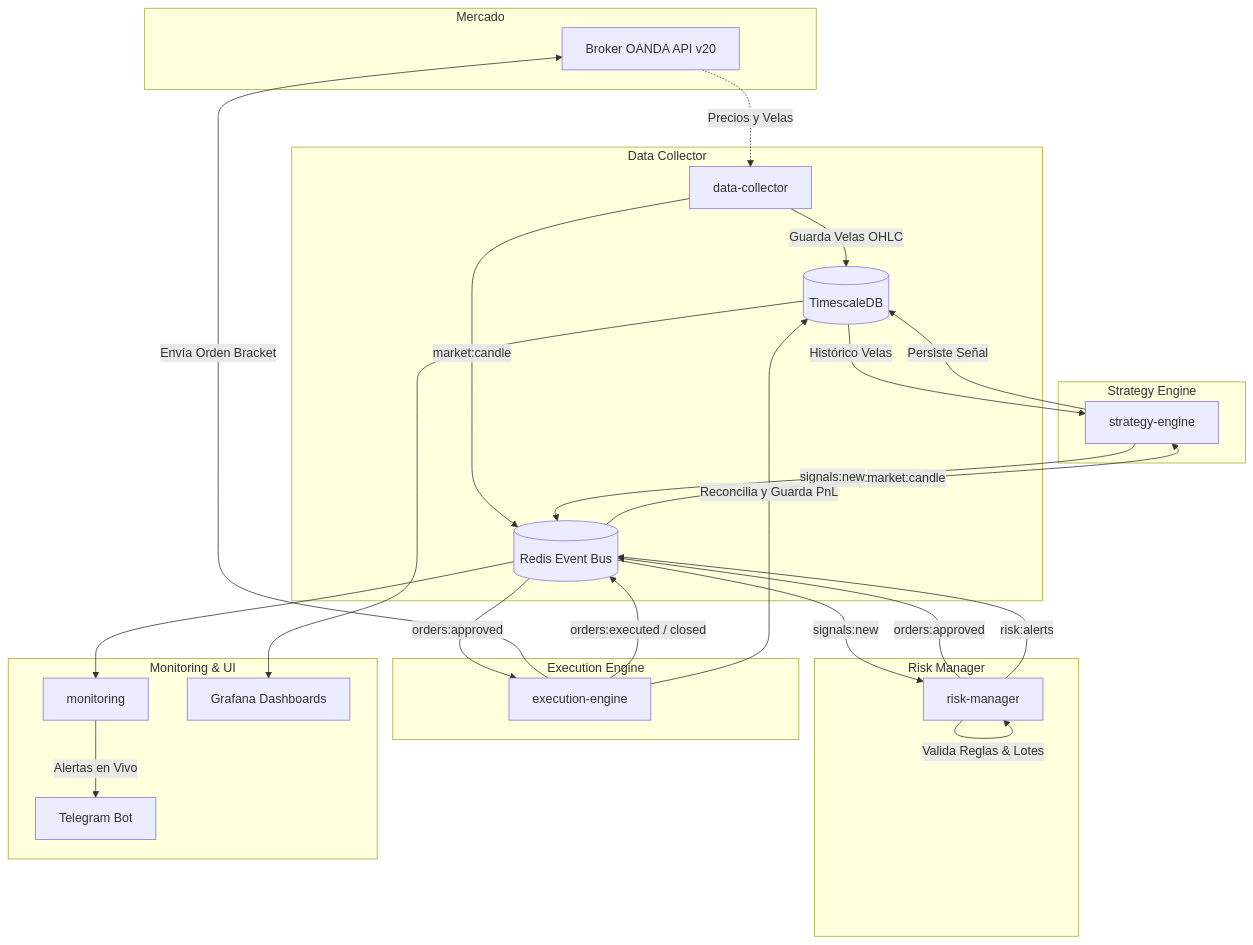
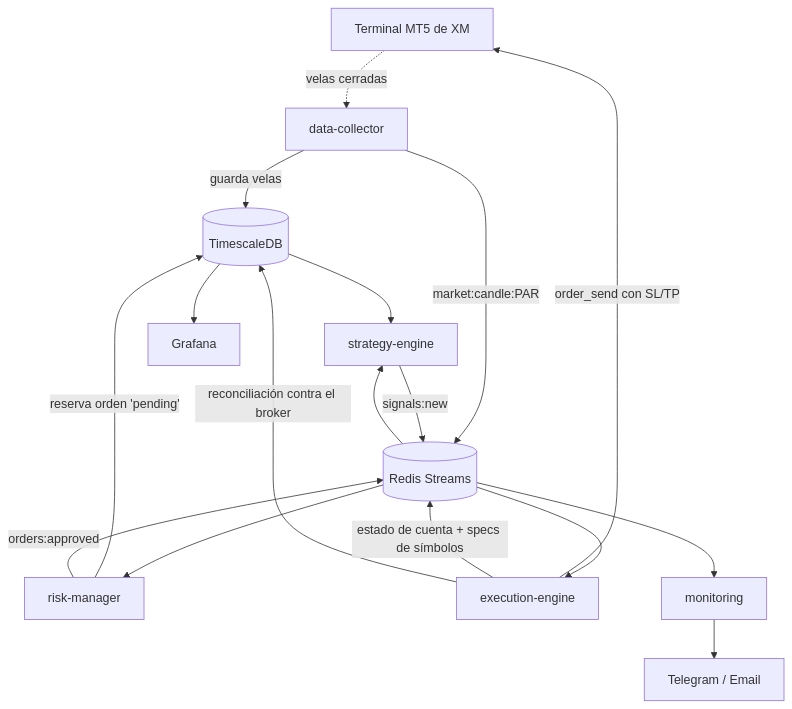
One commit to JPozoMisael/forex-trading-system changed the diagram in README.md. Above: the diagram before and after it, drawn with Mermaid. The commit also changed other lines of this file and 42 other files, not shown here.

````diff
--- a/README.md
+++ b/README.md
@@ -30,40 +24,18 @@
 ```mermaid
 flowchart TD
-    subgraph Mercado
-        OANDA[Broker OANDA API v20]
-    end
-
-    subgraph Data Collector
-        DC[data-collector] -->|Guarda Velas OHLC| TS[(TimescaleDB)]
-        DC -->|market:candle| REDIS[(Redis Event Bus)]
-    end
-
-    subgraph Strategy Engine
-        REDIS -->|market:candle| SE[strategy-engine]
-        TS -->|Histórico Velas| SE
-        SE -->|signals:new| REDIS
-        SE -->|Persiste Señal| TS
-    end
-
-    subgraph Risk Manager
-        REDIS -->|signals:new| RM[risk-manager]
-        RM -->|Valida Reglas & Lotes| RM
-        RM -->|orders:approved| REDIS
-        RM -->|risk:alerts| REDIS
-    end
-
-    subgraph Execution Engine
-        REDIS -->|orders:approved| EE[execution-engine]
-        EE -->|Envía Orden Bracket| OANDA
-        EE -->|orders:executed / closed| REDIS
-        EE -->|Reconcilia y Guarda PnL| TS
-    end
-
-    subgraph Monitoring & UI
-        REDIS --> MON[monitoring]
-        MON -->|Alertas en Vivo| TG[Telegram Bot]
-        TS --> GRAF[Grafana Dashboards]
-    end
-
-    OANDA -.->|Precios y Velas| DC
+    MT5[Terminal MT5 de XM] -.->|velas cerradas| DC[data-collector]
+    DC -->|guarda velas| TS[(TimescaleDB)]
+    DC -->|market:candle:PAR| REDIS[(Redis Streams)]
+    REDIS --> SE[strategy-engine]
+    TS --> SE
+    SE -->|signals:new| REDIS
+    REDIS --> RM[risk-manager]
+    RM -->|reserva orden 'pending'| TS
+    RM -->|orders:approved| REDIS
+    REDIS --> EE[execution-engine]
+    EE -->|order_send con SL/TP| MT5
+    EE -->|estado de cuenta + specs de símbolos| REDIS
+    EE -->|reconciliación contra el broker| TS
+    REDIS --> MON[monitoring] --> TG[Telegram / Email]
+    TS --> GRAF[Grafana]
 ```
````
